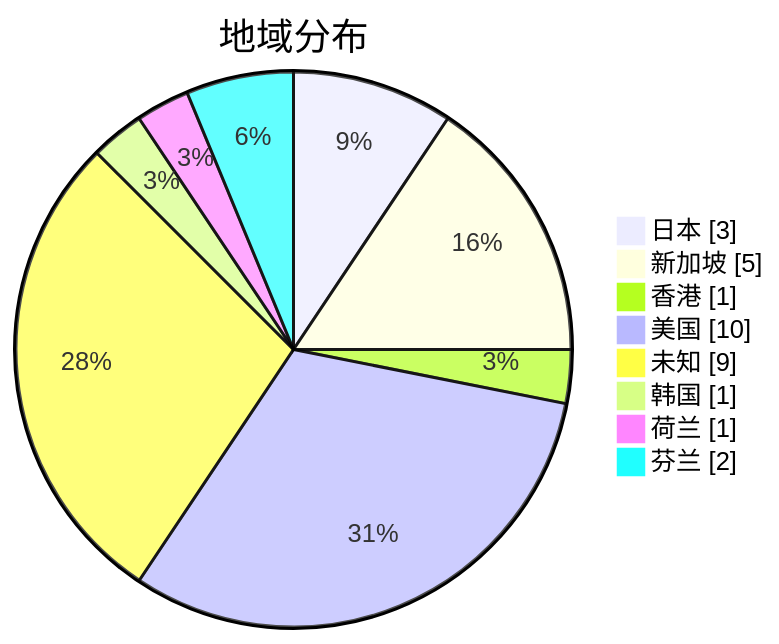
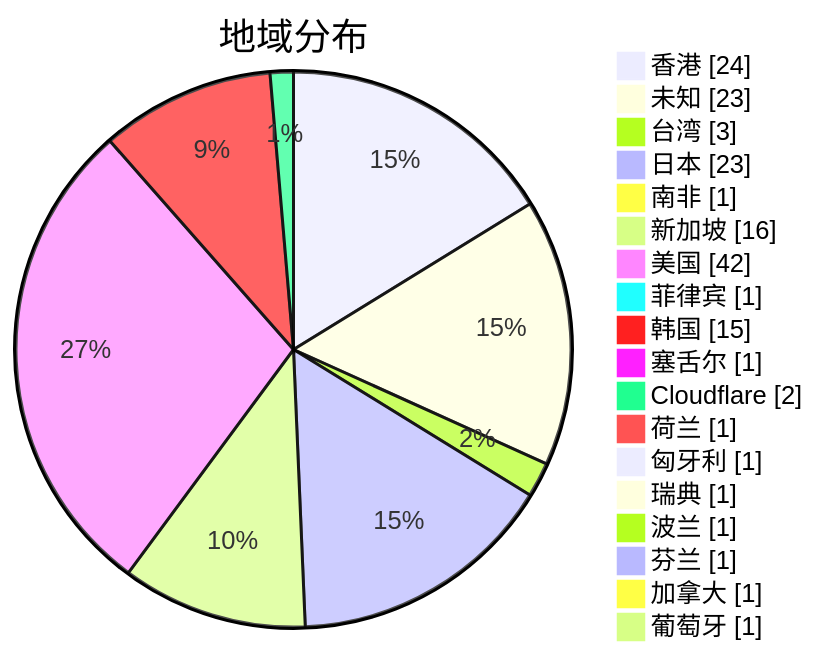
One commit to qjlxg/airport changed the second of 3 diagrams in subs/statistics/tested_within.md. Above: the diagram before and after it, drawn with Mermaid. The commit also changed other lines of this file and 2 other files, not shown here.

Commit message:
Tested by metaST

````diff
--- a/subs/statistics/tested_within.md
+++ b/subs/statistics/tested_within.md
@@ -10,12 +11,22 @@
 ```mermaid
 pie showData
 title 地域分布
-"日本" : 3
-"新加坡" : 5
-"香港" : 1
-"美国" : 10
-"未知" : 9
-"韩国" : 1
+"香港" : 24
+"未知" : 23
+"台湾" : 3
+"日本" : 23
+"南非" : 1
+"新加坡" : 16
+"美国" : 42
+"菲律宾" : 1
+"韩国" : 15
+"塞舌尔" : 1
+"Cloudflare" : 2
 "荷兰" : 1
-"芬兰" : 2
+"匈牙利" : 1
+"瑞典" : 1
+"波兰" : 1
+"芬兰" : 1
+"加拿大" : 1
+"葡萄牙" : 1
 ```
````
